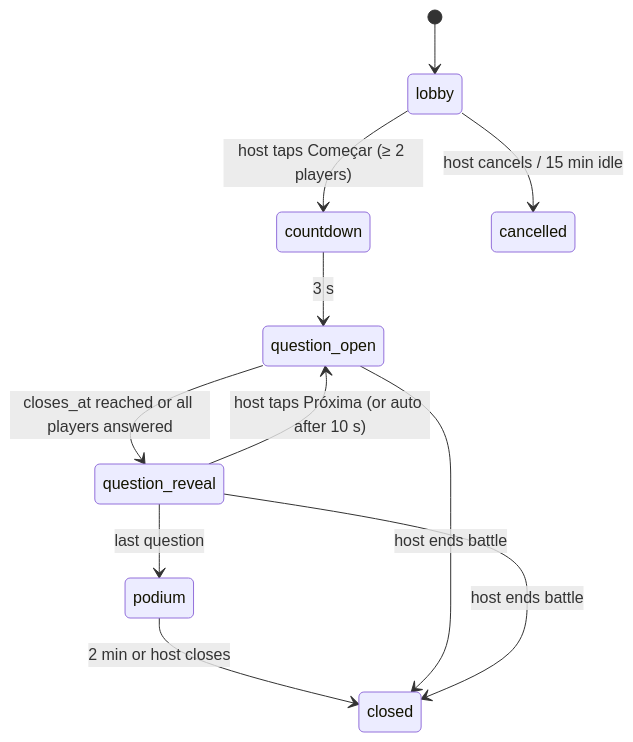
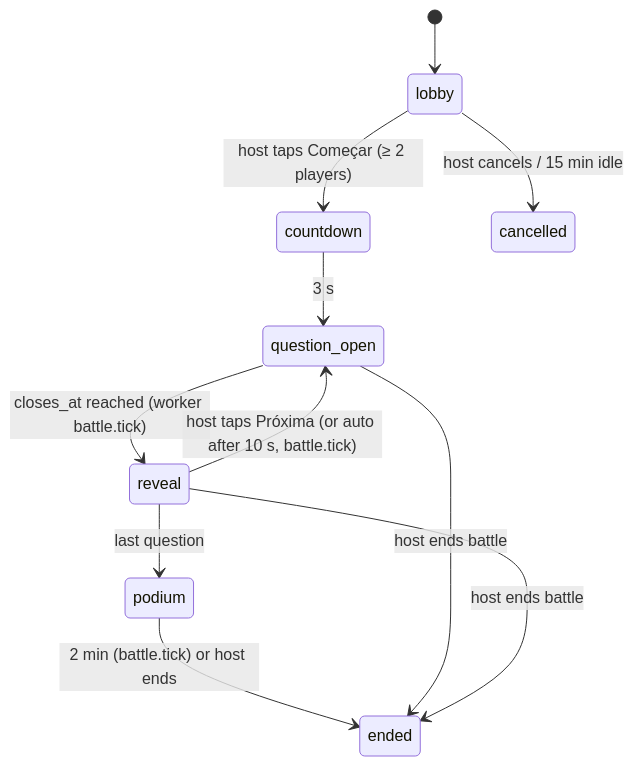
The first of 2 diagrams in docs/specs/10-turma-social.md (mariajunqueiramirandas-cpu/Studify), drawn with Mermaid before and after one commit. The commit also changed other lines of this file and 57 other files, not shown here.

````diff
--- a/docs/specs/10-turma-social.md
+++ b/docs/specs/10-turma-social.md
@@ -338,13 +338,13 @@
 ```mermaid
 stateDiagram-v2
   [*] --> lobby
   lobby --> countdown: host taps Começar (≥ 2 players)
   lobby --> cancelled: host cancels / 15 min idle
   countdown --> question_open: 3 s
-  question_open --> question_reveal: closes_at reached or all players answered
-  question_reveal --> question_open: host taps Próxima (or auto after 10 s)
-  question_reveal --> podium: last question
-  podium --> closed: 2 min or host closes
-  question_open --> closed: host ends battle
-  question_reveal --> closed: host ends battle
+  question_open --> reveal: closes_at reached (worker battle.tick)
+  reveal --> question_open: host taps Próxima (or auto after 10 s, battle.tick)
+  reveal --> podium: last question
+  podium --> ended: 2 min (battle.tick) or host ends
+  question_open --> ended: host ends battle
+  reveal --> ended: host ends battle
 ```
````
